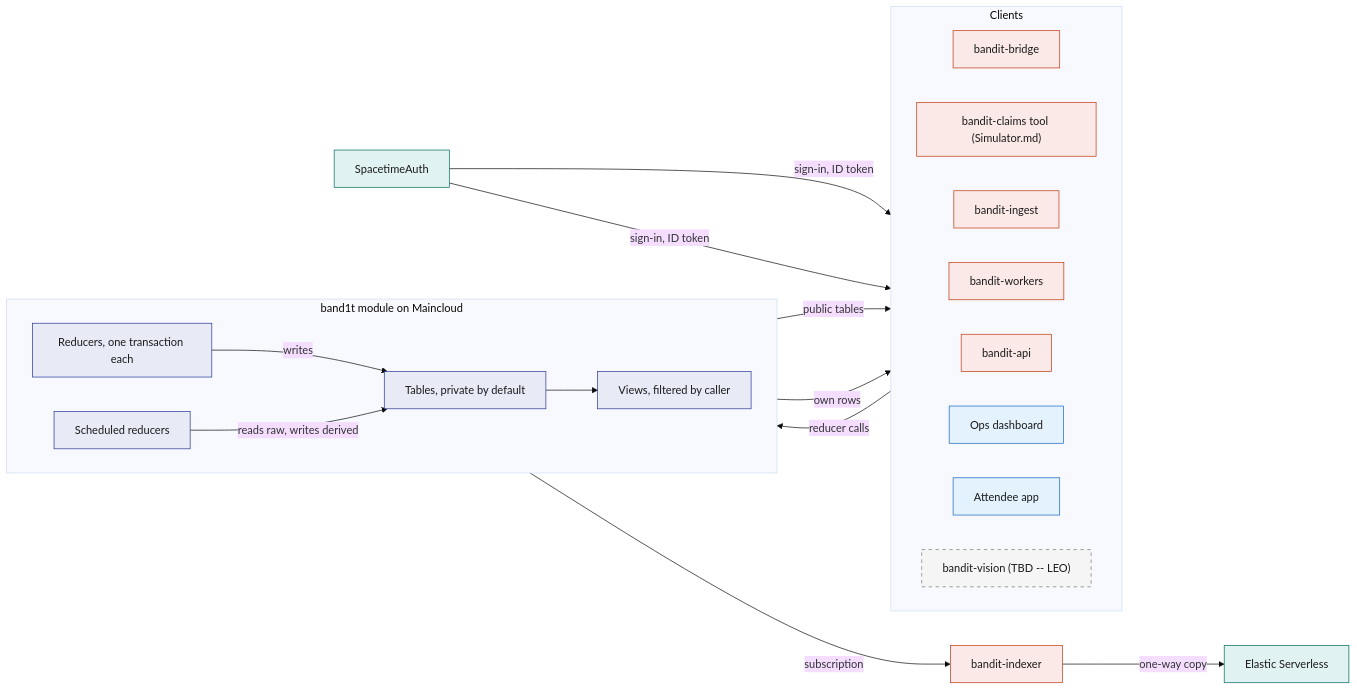
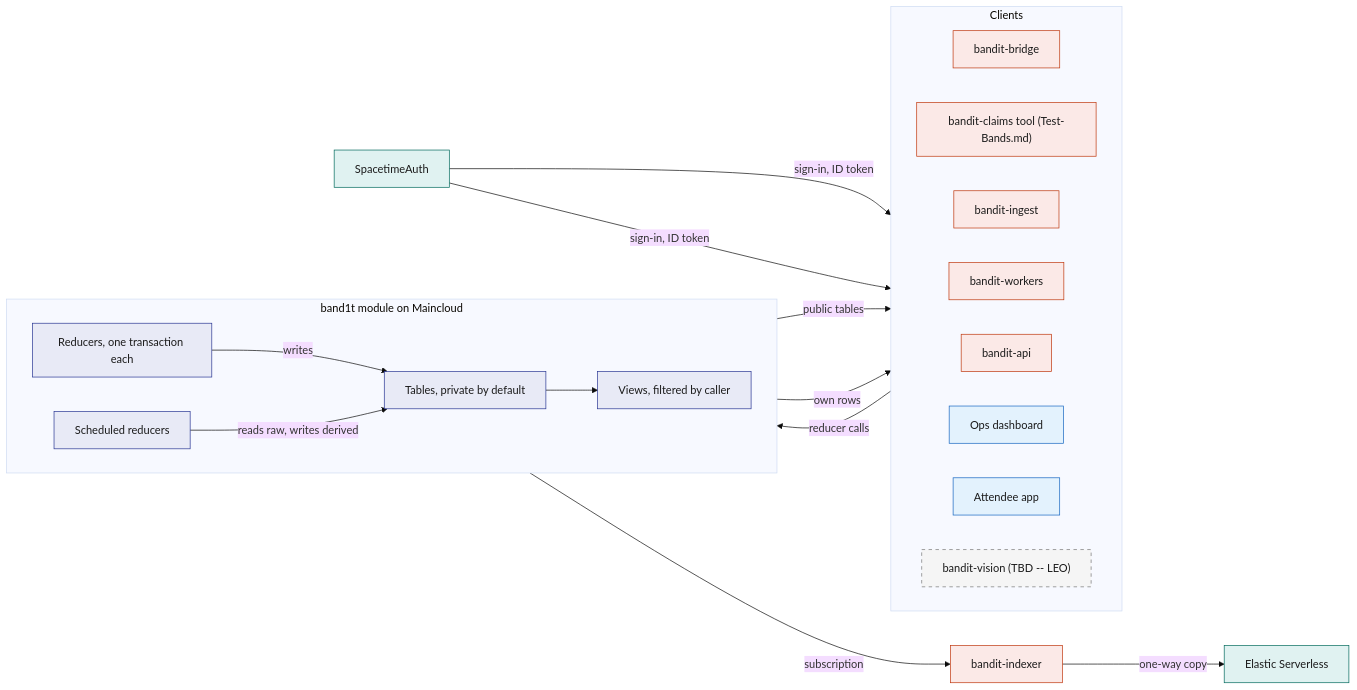
Before and after one commit to viktorinkov/cal-hacks-13: the first of 4 diagrams in System Design/2-data/SpacetimeDB.md, drawn with Mermaid (base theme). The commit also changed other lines of this file and 22 other files, not shown here.

````diff
--- a/System Design/2-data/SpacetimeDB.md
+++ b/System Design/2-data/SpacetimeDB.md
@@ -67,44 +67,44 @@
 ```mermaid
 flowchart LR
   subgraph clients ["Clients"]
     direction LR
     BR["bandit-bridge"]
-    SIM["bandit-claims tool (Simulator.md)"]
+    SIM["bandit-claims tool (Test-Bands.md)"]
     ING["bandit-ingest"]
     WRK["bandit-workers"]
     API["bandit-api"]
     OPS["Ops dashboard"]
     APP["Attendee app"]
     VIS["bandit-vision (TBD -- LEO)"]
   end
   subgraph module ["band1t module on Maincloud"]
     direction LR
     RED["Reducers, one transaction each"]
     SCH["Scheduled reducers"]
     TAB["Tables, private by default"]
     VIEW["Views, filtered by caller"]
   end
   IDX["bandit-indexer"]
   EL["Elastic Serverless"]
   AUTH["SpacetimeAuth"]
   AUTH -->|"sign-in, ID token"| OPS
   AUTH -->|"sign-in, ID token"| APP
   clients -->|"reducer calls"| RED
   RED -->|"writes"| TAB
   SCH -->|"reads raw, writes derived"| TAB
   TAB --> VIEW
   TAB -->|"public tables"| clients
   VIEW -->|"own rows"| clients
   TAB -->|"subscription"| IDX
   IDX -->|"one-way copy"| EL
   classDef rust fill:#FBE9E7,stroke:#BF360C,color:#1A1A1A
   classDef stdb fill:#E8EAF6,stroke:#283593,color:#1A1A1A
   classDef web fill:#E3F2FD,stroke:#1565C0,color:#1A1A1A
   classDef ext fill:#E0F2F1,stroke:#00695C,color:#1A1A1A
   classDef tbd fill:#F5F5F5,stroke:#757575,color:#1A1A1A,stroke-dasharray:5 5
   class BR,SIM,ING,WRK,API,IDX rust
   class RED,SCH,TAB,VIEW stdb
   class OPS,APP web
   class EL,AUTH ext
   class VIS tbd
 ```
````
